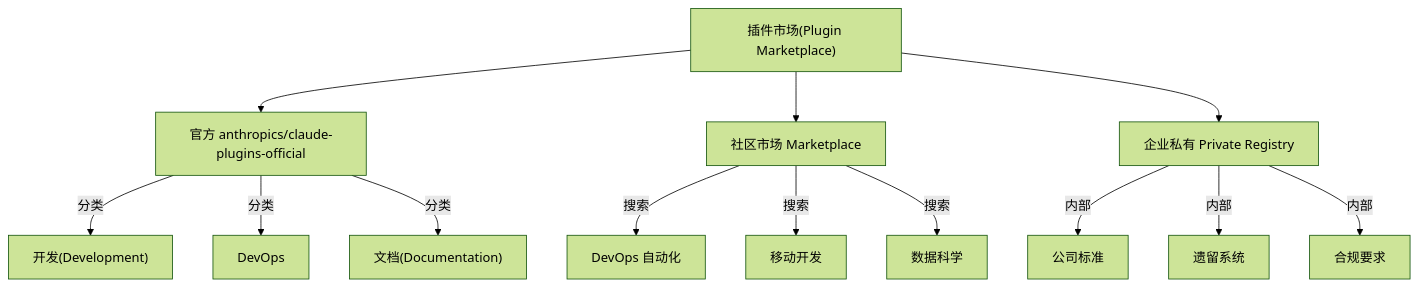
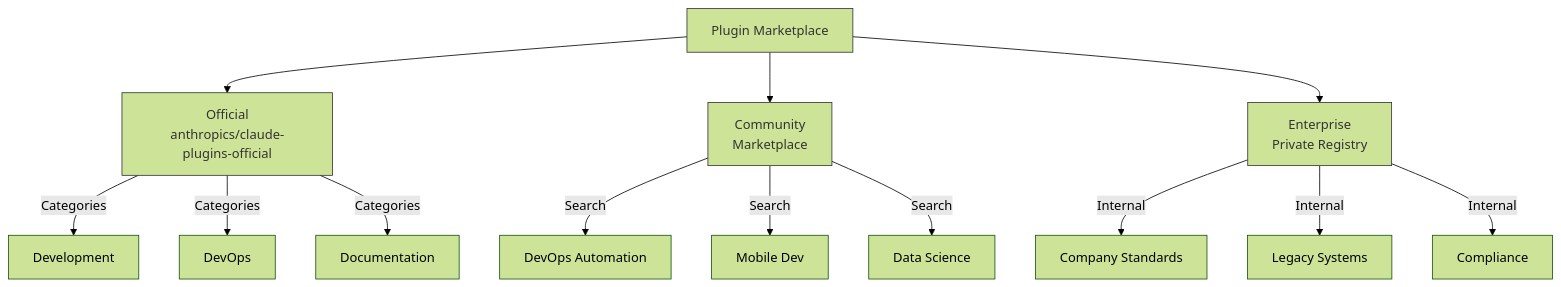
Before and after one commit to Rx782-Fss/claude-howto-zh: the third of 5 diagrams in claude-howto-zh/07-plugins/README.md, drawn with Mermaid (forest theme). The commit also changed other lines of this file and 91 other files, not shown here.

````diff
--- a/claude-howto-zh/07-plugins/README.md
+++ b/claude-howto-zh/07-plugins/README.md
@@ -421,24 +446,28 @@
 ```mermaid
 graph TB
-    A["插件市场(Plugin Marketplace)"]
-    B["官方 anthropics/claude-plugins-official"]
-    C["社区市场 Marketplace"]
-    D["企业私有 Private Registry"]
+    A["Plugin Marketplace"]
+    B["Official<br/>anthropics/claude-plugins-official"]
+    C["Community<br/>Marketplace"]
+    D["Enterprise<br/>Private Registry"]
 
     A --> B
     A --> C
     A --> D
 
-    B -->|分类| B1["开发(Development)"]
-    B -->|分类| B2["DevOps"]
-    B -->|分类| B3["文档(Documentation)"]
+    B -->|Categories| B1["Development"]
+    B -->|Categories| B2["DevOps"]
+    B -->|Categories| B3["Documentation"]
 
-    C -->|搜索| C1["DevOps 自动化"]
-    C -->|搜索| C2["移动开发"]
-    C -->|搜索| C3["数据科学"]
+    C -->|Search| C1["DevOps Automation"]
+    C -->|Search| C2["Mobile Dev"]
+    C -->|Search| C3["Data Science"]
 
-    D -->|内部| D1["公司标准"]
-    D -->|内部| D2["遗留系统"]
-    D -->|内部| D3["合规要求"]
+    D -->|Internal| D1["Company Standards"]
+    D -->|Internal| D2["Legacy Systems"]
+    D -->|Internal| D3["Compliance"]
 
+    style A fill:# e1f5fe,stroke:#333,color:#333
+    style B fill:# e8f5e9,stroke:#333,color:#333
+    style C fill:# f3e5f5,stroke:#333,color:#333
+    style D fill:# fff3e0,stroke:#333,color:#333
 ```
````
